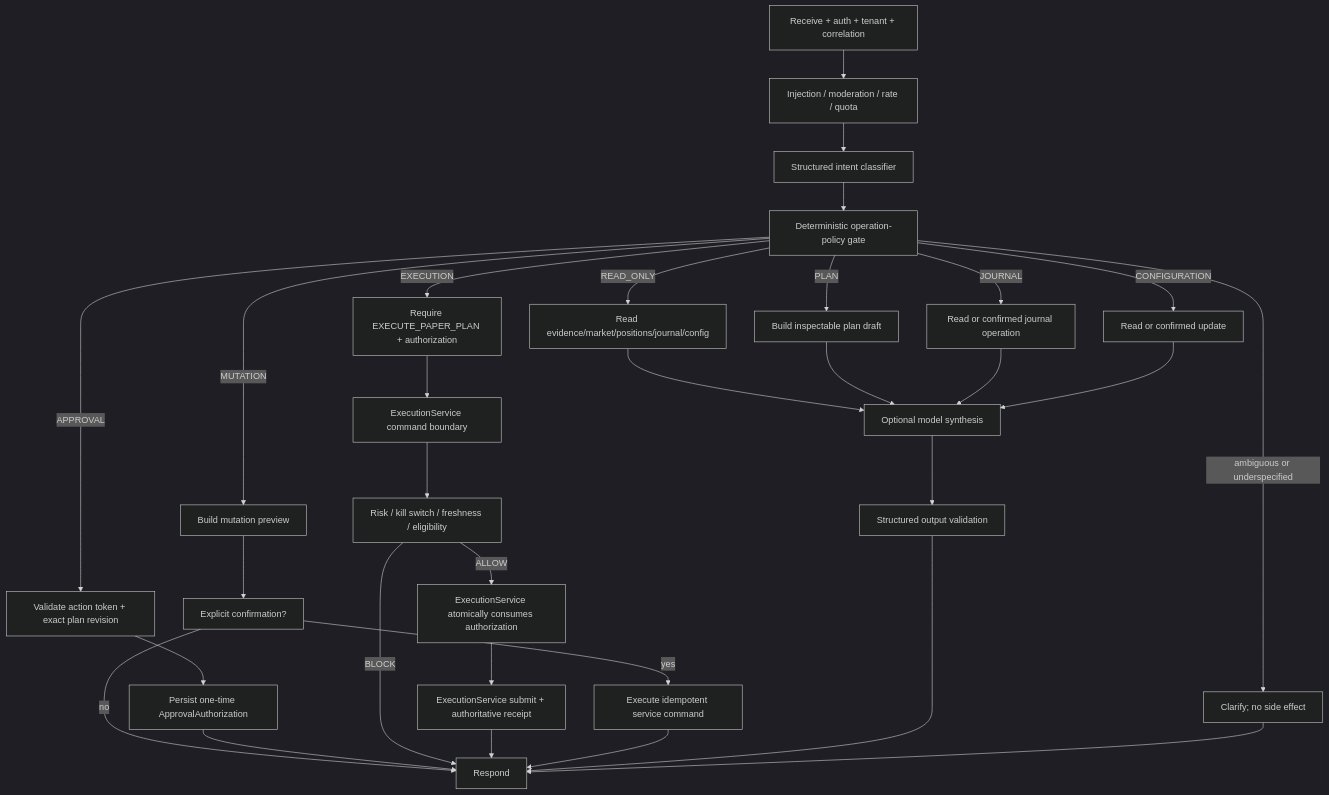
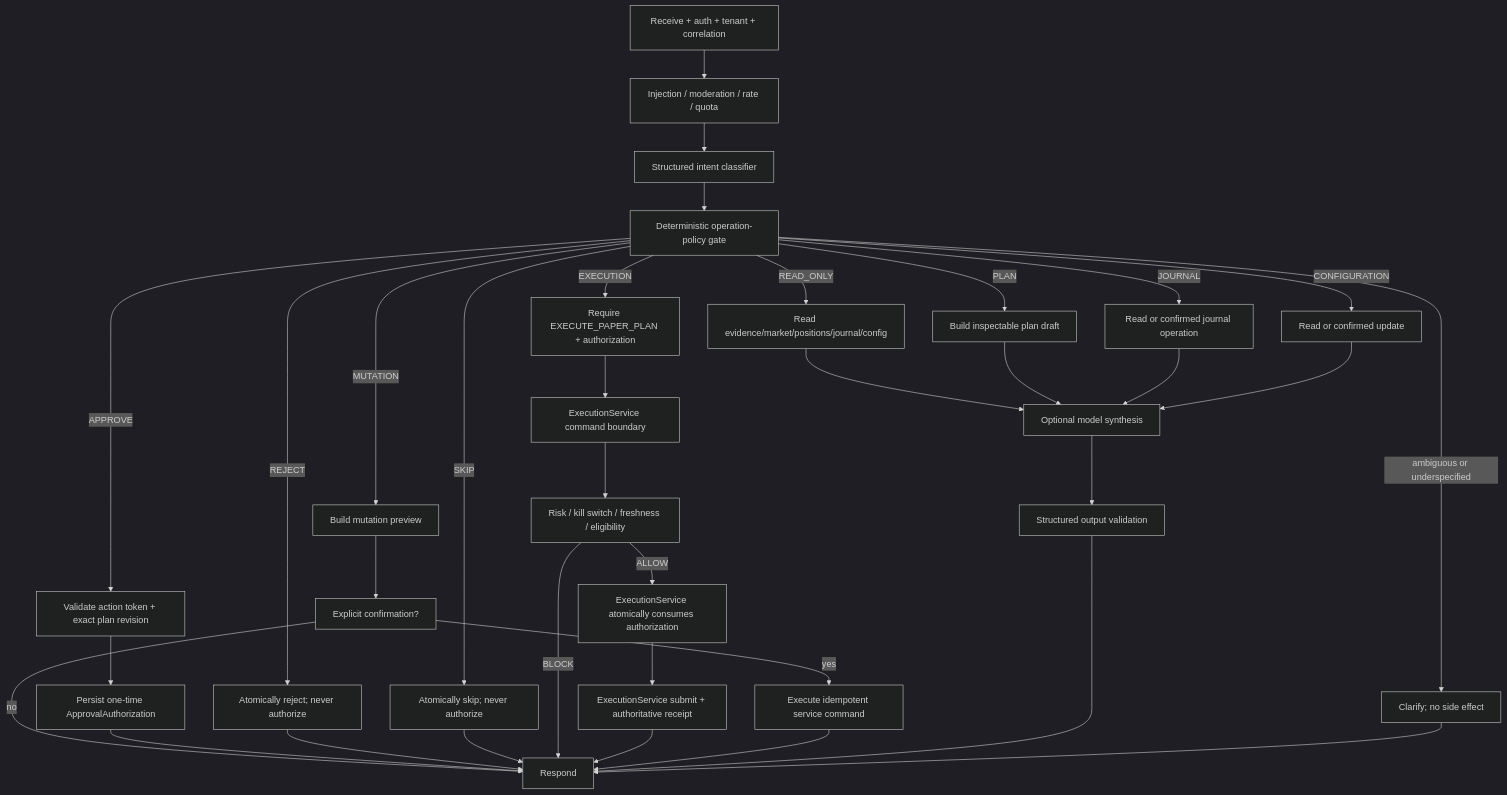
The third of 6 diagrams in docs/redesign/agentic_redesign_target_architecture.md (Fejjii/AlphaTrade-AI), drawn with Mermaid (dark theme) before and after one commit. The commit also changed other lines of this file and 1 other file, not shown here.

Commit message:
docs: resolve final agentic architecture reviews

````diff
--- a/docs/redesign/agentic_redesign_target_architecture.md
+++ b/docs/redesign/agentic_redesign_target_architecture.md
@@ -203,33 +206,37 @@
 ```mermaid
 flowchart TD
     RCV["Receive + auth + tenant + correlation"] --> GRD["Injection / moderation / rate / quota"]
     GRD --> IC["Structured intent classifier"]
     IC --> POL["Deterministic operation-policy gate"]
     POL -->|ambiguous or underspecified| CLAR["Clarify; no side effect"]
     POL -->|READ_ONLY| READ["Read evidence/market/positions/journal/config"]
     POL -->|PLAN| PLAN["Build inspectable plan draft"]
     POL -->|MUTATION| PREVIEW["Build mutation preview"]
-    POL -->|APPROVAL| APPA["Validate action token + exact plan revision"]
+    POL -->|APPROVE| APPA["Validate action token + exact plan revision"]
+    POL -->|REJECT| REJ["Atomically reject; never authorize"]
+    POL -->|SKIP| SKP["Atomically skip; never authorize"]
     POL -->|EXECUTION| EXEG["Require EXECUTE_PAPER_PLAN + authorization"]
     POL -->|CONFIGURATION| CFG["Read or confirmed update"]
     POL -->|JOURNAL| JOP["Read or confirmed journal operation"]
     PREVIEW --> CONF["Explicit confirmation?"]
     CONF -->|no| RESP["Respond"]
     CONF -->|yes| MUT["Execute idempotent service command"]
     APPA --> AUTHZ["Persist one-time ApprovalAuthorization"]
     AUTHZ --> RESP
+    REJ --> RESP
+    SKP --> RESP
     EXEG --> ES["ExecutionService command boundary"]
     ES --> RISK["Risk / kill switch / freshness / eligibility"]
     RISK -->|BLOCK| RESP
     RISK -->|ALLOW| CONS["ExecutionService atomically consumes authorization"]
     CONS --> SUBMIT["ExecutionService submit + authoritative receipt"]
     SUBMIT --> RESP
     READ --> SYN["Optional model synthesis"]
     PLAN --> SYN
     JOP --> SYN
     CFG --> SYN
     MUT --> RESP
     SYN --> VAL["Structured output validation"]
     VAL --> RESP
     CLAR --> RESP
 ```
````
